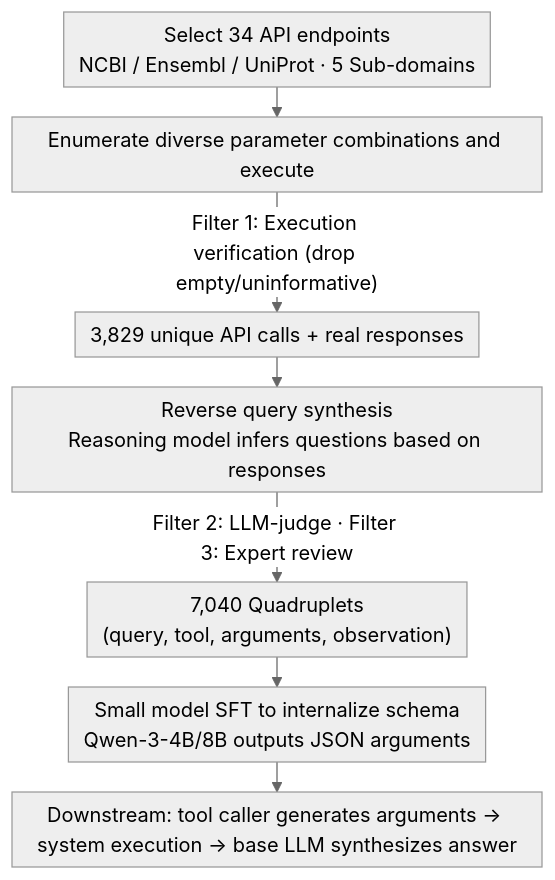
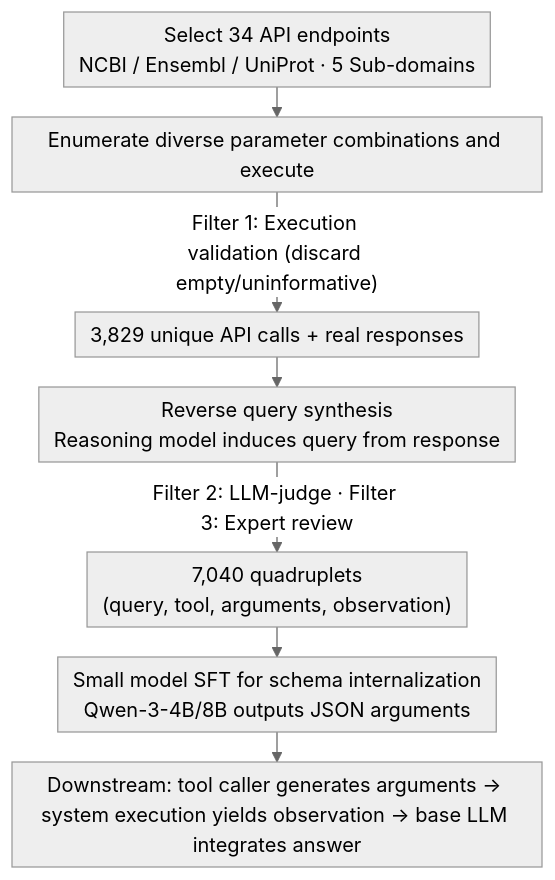
Before and after one commit to zhaoyang97/Paper-Notes-en: the diagram in docs/ACL2026/computational_biology/biotool_a_comprehensive_tool-calling_dataset_for_enhancing_biomedical_capabiliti.md, drawn with Mermaid (neutral theme). The commit also changed other lines of this file and 5084 other files, not shown here.

````diff
--- a/docs/ACL2026/computational_biology/biotool_a_comprehensive_tool-calling_dataset_for_enhancing_biomedical_capabiliti.md
+++ b/docs/ACL2026/computational_biology/biotool_a_comprehensive_tool-calling_dataset_for_enhancing_biomedical_capabiliti.md
@@ -44,10 +44,10 @@
 ```mermaid
 %%{init: {'flowchart': {'rankSpacing': 24, 'nodeSpacing': 28, 'padding': 6, 'wrappingWidth': 400}}}%%
 flowchart TD
     A["Select 34 API endpoints<br/>NCBI / Ensembl / UniProt · 5 Sub-domains"] --> B["Enumerate diverse parameter combinations and execute"]
-    B -->|"Filter 1: Execution verification (drop empty/uninformative)"| C["3,829 unique API calls + real responses"]
-    C --> D["Reverse query synthesis<br/>Reasoning model infers questions based on responses"]
-    D -->|"Filter 2: LLM-judge · Filter 3: Expert review"| E["7,040 Quadruplets<br/>(query, tool, arguments, observation)"]
-    E --> F["Small model SFT to internalize schema<br/>Qwen-3-4B/8B outputs JSON arguments"]
-    F --> G["Downstream: tool caller generates arguments → system execution → base LLM synthesizes answer"]
+    B -->|"Filter 1: Execution validation (discard empty/uninformative)"| C["3,829 unique API calls + real responses"]
+    C --> D["Reverse query synthesis<br/>Reasoning model induces query from response"]
+    D -->|"Filter 2: LLM-judge · Filter 3: Expert review"| E["7,040 quadruplets<br/>(query, tool, arguments, observation)"]
+    E --> F["Small model SFT for schema internalization<br/>Qwen-3-4B/8B outputs JSON arguments"]
+    F --> G["Downstream: tool caller generates arguments → system execution yields observation → base LLM integrates answer"]
 ```
````
